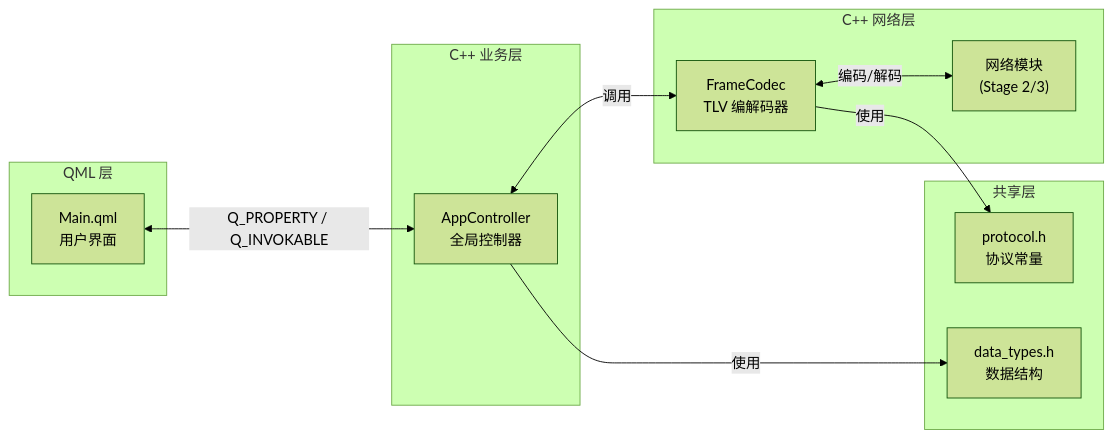
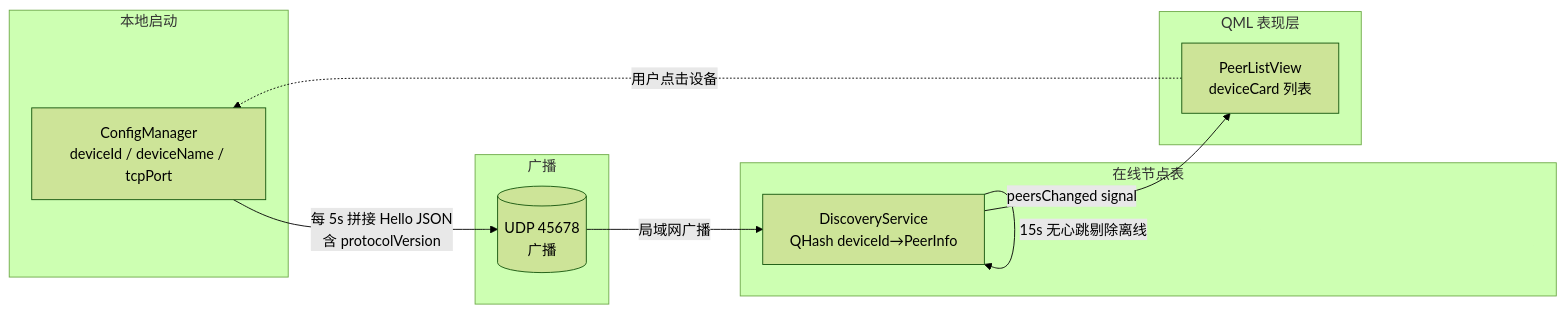
Before and after one commit to Gsheep0729/GridYard: the first of 5 diagrams in doc/diagrams/data-flow-diagram.md, drawn with Mermaid (forest theme). The commit also changed other lines of this file and 24 other files, not shown here.

First line of the commit message:
完善 UML 设计图并按 v4.16.0 细化类图

````diff
--- a/doc/diagrams/data-flow-diagram.md
+++ b/doc/diagrams/data-flow-diagram.md
@@ -3,26 +9,25 @@
 ```mermaid
 flowchart LR
-    subgraph "QML 层"
-        UI["Main.qml<br/>用户界面"]
+    subgraph "本地启动"
+        cfg1[ConfigManager<br/>deviceId / deviceName / tcpPort]
     end
 
-    subgraph "C++ 业务层"
-        AC["AppController<br/>全局控制器"]
+    subgraph "广播"
+        udp_tx[("UDP 45678<br/>广播")]
     end
 
-    subgraph "C++ 网络层"
-        FC["FrameCodec<br/>TLV 编解码器"]
-        NET["网络模块<br/>(Stage 2/3)"]
+    subgraph "在线节点表"
+        ds[DiscoveryService<br/>QHash deviceId→PeerInfo]
     end
 
-    subgraph "共享层"
-        PT["protocol.h<br/>协议常量"]
-        DT["data_types.h<br/>数据结构"]
+    subgraph "QML 表现层"
+        plv[PeerListView<br/>deviceCard 列表]
     end
 
-    UI <-->|Q_PROPERTY / Q_INVOKABLE| AC
-    AC <-->|调用| FC
-    FC <-->|编码/解码| NET
-    FC -->|使用| PT
-    AC -->|使用| DT
+    cfg1 -->|每 5s 拼接 Hello JSON<br/>含 protocolVersion| udp_tx
+    udp_tx -->|局域网广播| ds
+    ds -->|接收对端 Hello<br/>版本兼容性检查| ds
+    ds -->|15s 无心跳剔除离线| ds
+    ds -->|peersChanged signal| plv
+    plv -.->|用户点击设备| cfg1
 ```
````
